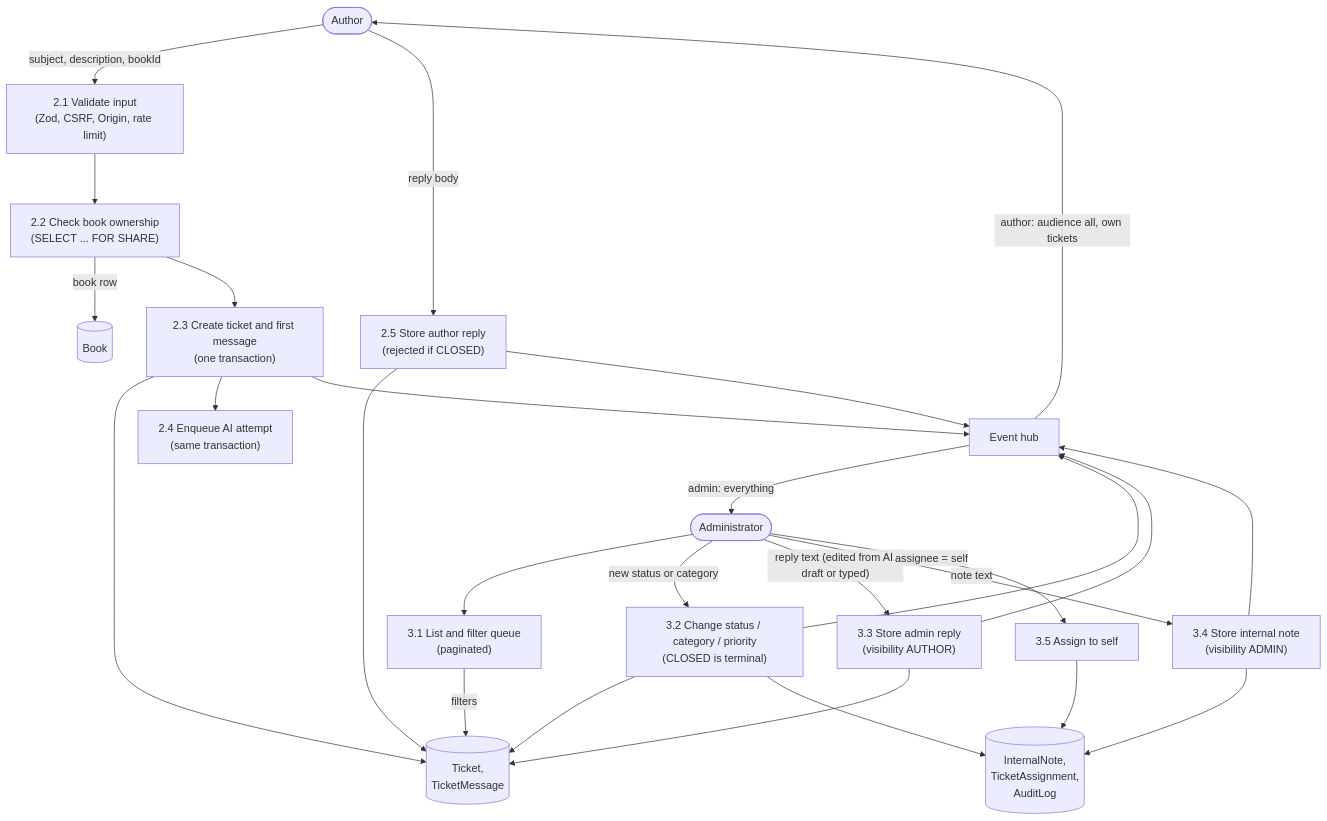
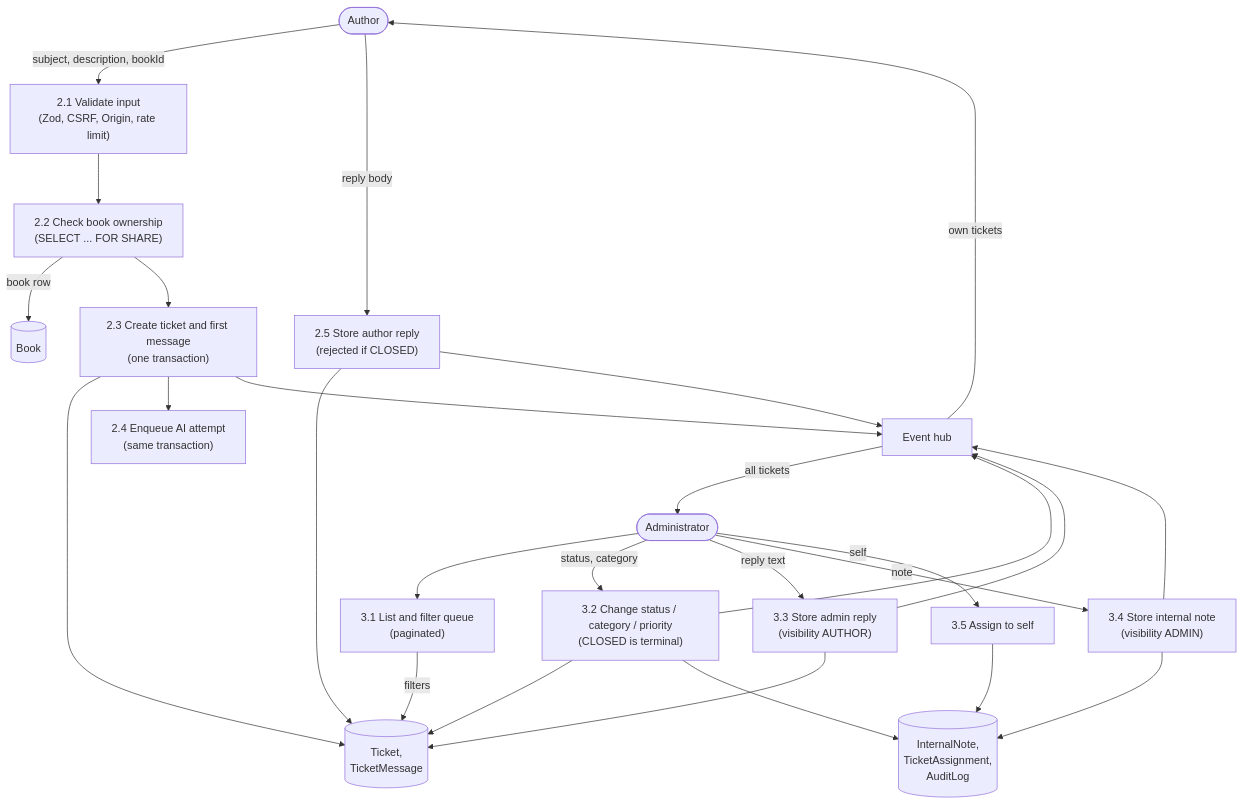
One commit to singhdaksh7/book-leaf__assignment-1 changed the diagram in docs/architecture/diagrams/dfd-level2-ticket.mmd. Above: the diagram before and after it, drawn with Mermaid. The commit also changed 82 other files, not shown here.

First line of the commit message:
docs(architecture): render all 46 diagrams (SVG+PNG), fix overlapping labels, update AI header

```diff
--- a/docs/architecture/diagrams/dfd-level2-ticket.mmd
+++ b/docs/architecture/diagrams/dfd-level2-ticket.mmd
@@ -1,37 +1,37 @@
 %% file: dfd-level2-ticket.mmd
 flowchart TB
     AU(["Author"])
     AD(["Administrator"])
     V["2.1 Validate input<br/>(Zod, CSRF, Origin, rate limit)"]
     O["2.2 Check book ownership<br/>(SELECT ... FOR SHARE)"]
     C["2.3 Create ticket and first message<br/>(one transaction)"]
     A["2.4 Enqueue AI attempt<br/>(same transaction)"]
     R["2.5 Store author reply<br/>(rejected if CLOSED)"]
     Q["3.1 List and filter queue<br/>(paginated)"]
     S["3.2 Change status / category / priority<br/>(CLOSED is terminal)"]
     RP["3.3 Store admin reply<br/>(visibility AUTHOR)"]
     N["3.4 Store internal note<br/>(visibility ADMIN)"]
     AS["3.5 Assign to self"]
     D3[("Ticket,<br/>TicketMessage")]
     D2[("Book")]
     D4[("InternalNote,<br/>TicketAssignment,<br/>AuditLog")]
     EV["Event hub"]
     AU -- "subject, description, bookId" --> V --> O
     O -- "book row" --> D2
     O --> C --> D3
     C --> A
     AU -- "reply body" --> R --> D3
     AD --> Q
     Q -- "filters" --> D3
-    AD -- "new status or category" --> S --> D3
-    AD -- "reply text (edited from AI draft or typed)" --> RP --> D3
-    AD -- "note text" --> N --> D4
-    AD -- "assignee = self" --> AS --> D4
+    AD -- "status, category" --> S --> D3
+    AD -- "reply text" --> RP --> D3
+    AD -- "note" --> N --> D4
+    AD -- "self" --> AS --> D4
     S --> D4
     C --> EV
     R --> EV
     S --> EV
     RP --> EV
     N --> EV
-    EV -- "author: audience all, own tickets" --> AU
-    EV -- "admin: everything" --> AD
+    EV -- "own tickets" --> AU
+    EV -- "all tickets" --> AD
```
